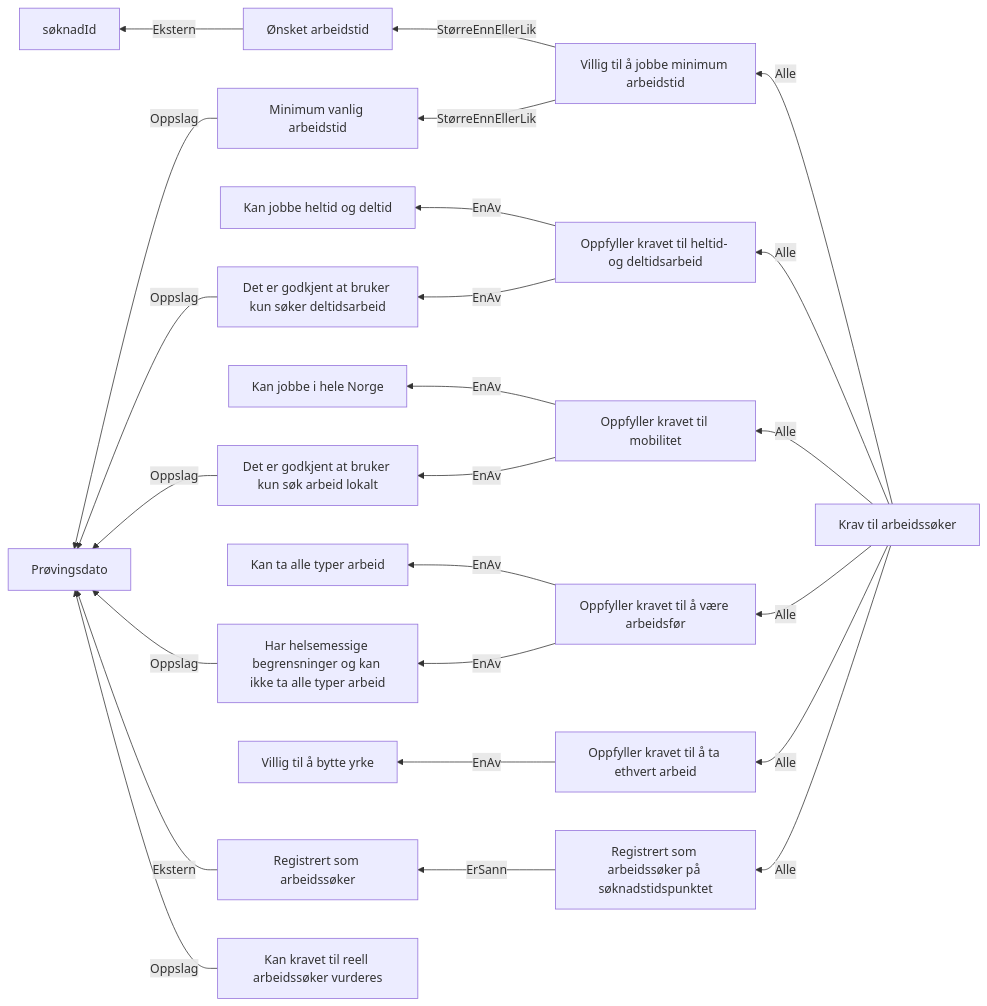
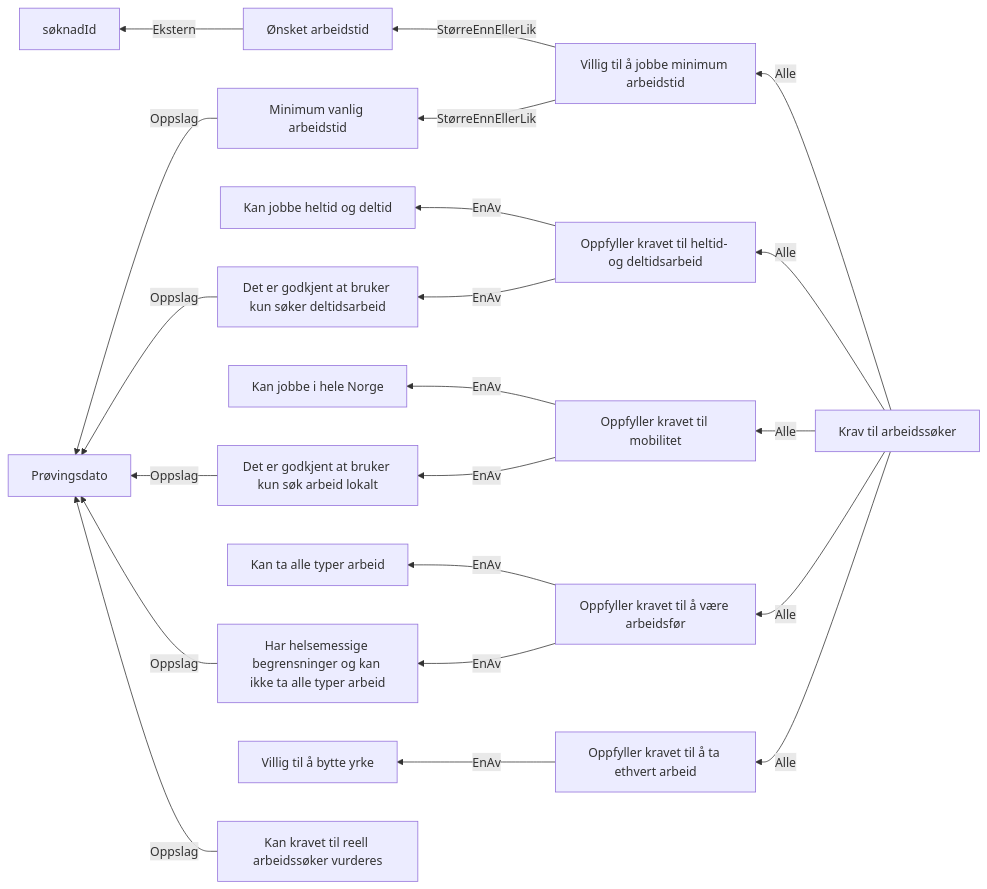
The diagram in docs/regler/§ 4-5. Reelle arbeidssøkere.approved.md (navikt/dp-behandling), drawn with Mermaid before and after one commit. The commit also changed other lines of this file and 17 other files, not shown here.

Commit message:
Flyttet registrert som arbeidssøker ut av reel-arbeidssøker regelsett. Oppdaterte tester

````diff
--- a/docs/regler/§ 4-5. Reelle arbeidssøkere.approved.md
+++ b/docs/regler/§ 4-5. Reelle arbeidssøkere.approved.md
@@ -5,26 +5,23 @@
 ```mermaid
 graph RL
   A["Ønsket arbeidstid"] -->|"Ekstern"| B["søknadId"]
   C["Minimum vanlig arbeidstid"] -->|"Oppslag"| D["Prøvingsdato"]
   E["Villig til å jobbe minimum arbeidstid"] -->|"StørreEnnEllerLik"| A["Ønsket arbeidstid"]
   E["Villig til å jobbe minimum arbeidstid"] -->|"StørreEnnEllerLik"| C["Minimum vanlig arbeidstid"]
   F["Det er godkjent at bruker kun søker deltidsarbeid"] -->|"Oppslag"| D["Prøvingsdato"]
   G["Det er godkjent at bruker kun søk arbeid lokalt"] -->|"Oppslag"| D["Prøvingsdato"]
   H["Har helsemessige begrensninger og kan ikke ta alle typer arbeid"] -->|"Oppslag"| D["Prøvingsdato"]
   I["Oppfyller kravet til heltid- og deltidsarbeid"] -->|"EnAv"| J["Kan jobbe heltid og deltid"]
   I["Oppfyller kravet til heltid- og deltidsarbeid"] -->|"EnAv"| F["Det er godkjent at bruker kun søker deltidsarbeid"]
   K["Oppfyller kravet til mobilitet"] -->|"EnAv"| L["Kan jobbe i hele Norge"]
   K["Oppfyller kravet til mobilitet"] -->|"EnAv"| G["Det er godkjent at bruker kun søk arbeid lokalt"]
   M["Oppfyller kravet til å være arbeidsfør"] -->|"EnAv"| N["Kan ta alle typer arbeid"]
   M["Oppfyller kravet til å være arbeidsfør"] -->|"EnAv"| H["Har helsemessige begrensninger og kan ikke ta alle typer arbeid"]
   O["Oppfyller kravet til å ta ethvert arbeid"] -->|"EnAv"| P["Villig til å bytte yrke"]
-  Q["Registrert som arbeidssøker"] -->|"Ekstern"| D["Prøvingsdato"]
-  R["Registrert som arbeidssøker på søknadstidspunktet"] -->|"ErSann"| Q["Registrert som arbeidssøker"]
-  S["Krav til arbeidssøker"] -->|"Alle"| E["Villig til å jobbe minimum arbeidstid"]
-  S["Krav til arbeidssøker"] -->|"Alle"| I["Oppfyller kravet til heltid- og deltidsarbeid"]
-  S["Krav til arbeidssøker"] -->|"Alle"| K["Oppfyller kravet til mobilitet"]
-  S["Krav til arbeidssøker"] -->|"Alle"| M["Oppfyller kravet til å være arbeidsfør"]
-  S["Krav til arbeidssøker"] -->|"Alle"| O["Oppfyller kravet til å ta ethvert arbeid"]
-  S["Krav til arbeidssøker"] -->|"Alle"| R["Registrert som arbeidssøker på søknadstidspunktet"]
-  T["Kan kravet til reell arbeidssøker vurderes"] -->|"Oppslag"| D["Prøvingsdato"]
+  Q["Krav til arbeidssøker"] -->|"Alle"| E["Villig til å jobbe minimum arbeidstid"]
+  Q["Krav til arbeidssøker"] -->|"Alle"| I["Oppfyller kravet til heltid- og deltidsarbeid"]
+  Q["Krav til arbeidssøker"] -->|"Alle"| K["Oppfyller kravet til mobilitet"]
+  Q["Krav til arbeidssøker"] -->|"Alle"| M["Oppfyller kravet til å være arbeidsfør"]
+  Q["Krav til arbeidssøker"] -->|"Alle"| O["Oppfyller kravet til å ta ethvert arbeid"]
+  R["Kan kravet til reell arbeidssøker vurderes"] -->|"Oppslag"| D["Prøvingsdato"]
 ```
````
